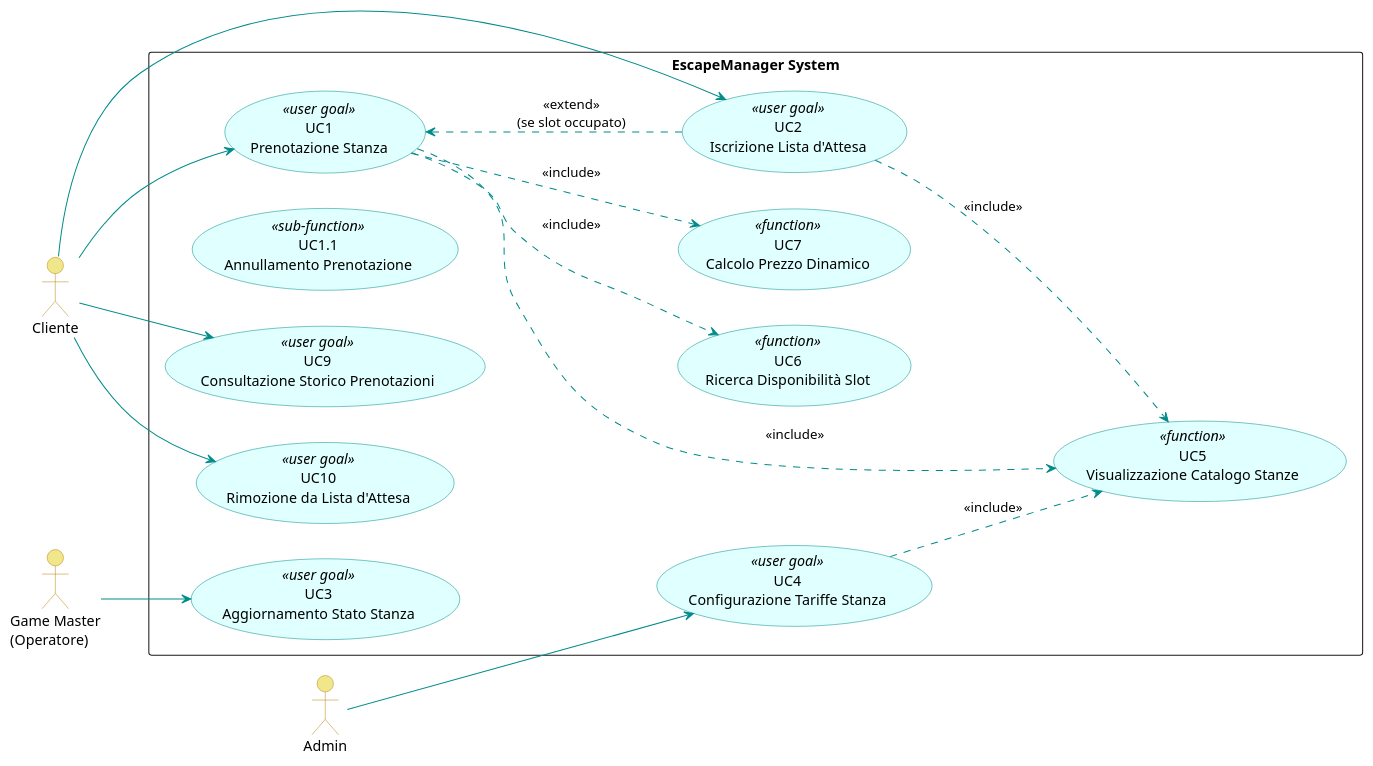
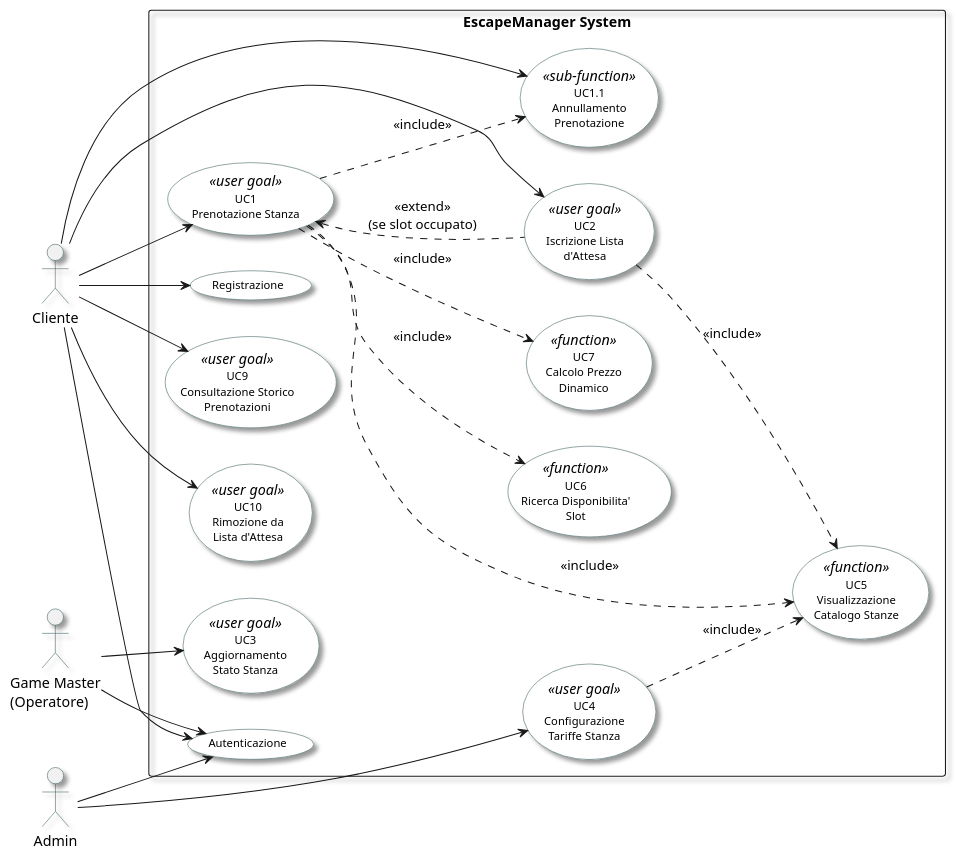
The diagram in docs/UML/usecase_diagram.puml (Adrycasta04/EscapeManager), drawn with PlantUML before and after one commit. The commit also changed 23 other files, not shown here.

Commit message:
feat: Add initial UML design diagrams and LaTeX project documentation.

```diff
--- a/docs/UML/usecase_diagram.puml
+++ b/docs/UML/usecase_diagram.puml
@@ -1,61 +1,74 @@
 @startuml usecase_diagram
 left to right direction
 skinparam packageStyle rectangle
+skinparam shadowing true
 skinparam usecase {
-    BackgroundColor LightCyan
-    BorderColor DarkCyan
-    ArrowColor DarkCyan
+    BackgroundColor White
+    BorderColor DarkSlateGray
+    FontSize 11
+    Shadowing true
 }
 skinparam actor {
-    BackgroundColor Khaki
-    BorderColor DarkGoldenRod
+    BorderColor DarkSlateGray
 }
 
 actor "Cliente" as C
 actor "Game Master\n(Operatore)" as GM
 actor "Admin" as A
 
 rectangle "EscapeManager System" {
 
+    ' --- Use case condivisi (Autenticazione) ---
+    usecase "Registrazione" as UC_REG
+    usecase "Autenticazione" as UC_AUTH
+
     ' --- Casi d'uso Cliente ---
     usecase "UC1\nPrenotazione Stanza" <<user goal>> as UC_C1
-    usecase "UC1.1\nAnnullamento Prenotazione" <<sub-function>> as UC_C1_1
-    usecase "UC2\nIscrizione Lista d'Attesa" <<user goal>> as UC_C2
-    usecase "UC9\nConsultazione Storico Prenotazioni" <<user goal>> as UC_C9
-    usecase "UC10\nRimozione da Lista d'Attesa" <<user goal>> as UC_C10
+    usecase "UC1.1\nAnnullamento\nPrenotazione" <<sub-function>> as UC_C1_1
+    usecase "UC2\nIscrizione Lista\nd'Attesa" <<user goal>> as UC_C2
+    usecase "UC9\nConsultazione Storico\nPrenotazioni" <<user goal>> as UC_C9
+    usecase "UC10\nRimozione da\nLista d'Attesa" <<user goal>> as UC_C10
 
     ' --- Casi d'uso Game Master ---
-    usecase "UC3\nAggiornamento Stato Stanza" <<user goal>> as UC_GM3
+    usecase "UC3\nAggiornamento\nStato Stanza" <<user goal>> as UC_GM3
 
     ' --- Casi d'uso Admin ---
-    usecase "UC4\nConfigurazione Tariffe Stanza" <<user goal>> as UC_A2
+    usecase "UC4\nConfigurazione\nTariffe Stanza" <<user goal>> as UC_A2
 
     ' --- Casi d'uso di livello Function (riutilizzabili) ---
-    usecase "UC5\nVisualizzazione Catalogo Stanze" <<function>> as UC_F5
-    usecase "UC6\nRicerca Disponibilità Slot" <<function>> as UC_F6
-    usecase "UC7\nCalcolo Prezzo Dinamico" <<function>> as UC_F7
+    usecase "UC5\nVisualizzazione\nCatalogo Stanze" <<function>> as UC_F5
+    usecase "UC6\nRicerca Disponibilita'\nSlot" <<function>> as UC_F6
+    usecase "UC7\nCalcolo Prezzo\nDinamico" <<function>> as UC_F7
 }
 
 ' --- Relazioni Attori -> Casi d'uso ---
 C --> UC_C1
+C --> UC_C1_1
 C --> UC_C2
 C --> UC_C9
 C --> UC_C10
 
 GM --> UC_GM3
 
 A --> UC_A2
 
+' --- Login/Register per tutti ---
+C --> UC_AUTH
+C --> UC_REG
+GM --> UC_AUTH
+A --> UC_AUTH
+
 ' --- Relazioni <<extend>> (Flussi alternativi/opzionali) ---
 UC_C2 .up.> UC_C1 : <<extend>>\n(se slot occupato)
 
 ' --- Relazioni <<include>> (Funzioni riutilizzabili obbligatorie) ---
 UC_C1 ..> UC_F5 : <<include>>
 UC_C1 ..> UC_F6 : <<include>>
 UC_C1 ..> UC_F7 : <<include>>
+UC_C1 ..> UC_C1_1 : <<include>>
 
 UC_C2 ..> UC_F5 : <<include>>
 
 UC_A2 ..> UC_F5 : <<include>>
 
 @enduml
```
